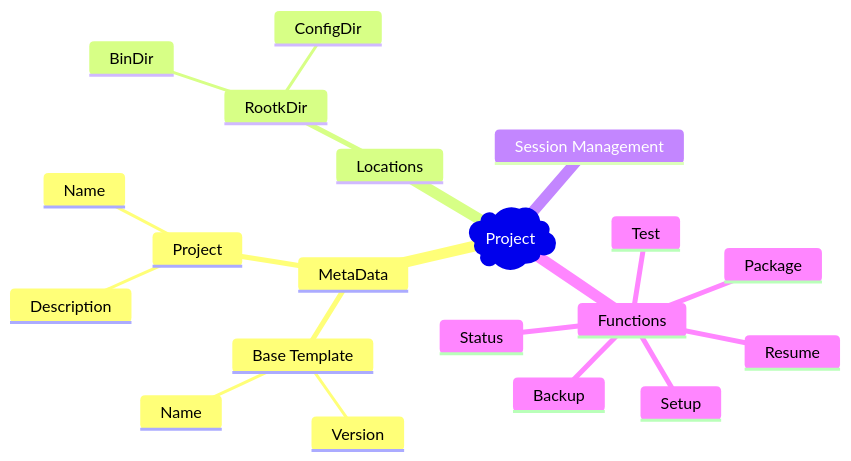
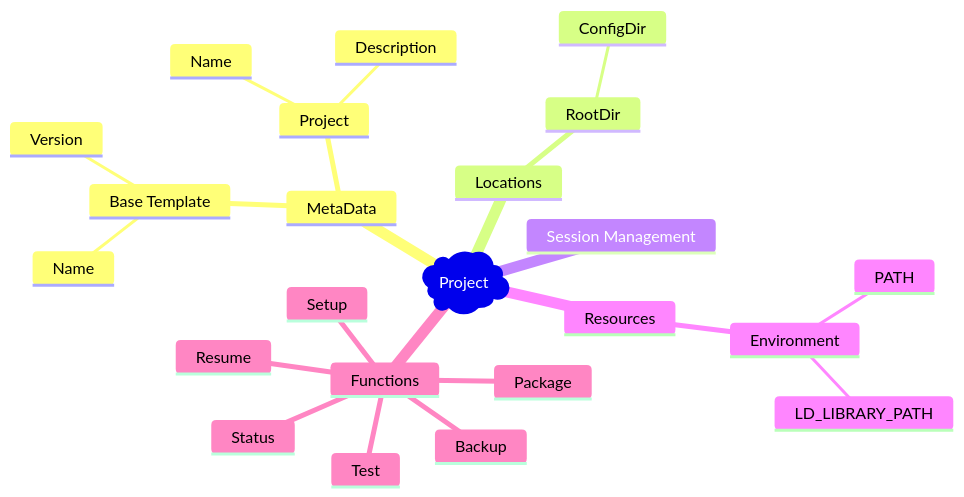
One commit to jvzantvoort/goproj changed the diagram in docs/project/index.md. Above: the diagram before and after it, drawn with Mermaid. The commit also changed other lines of this file, not shown here.

Commit message:
minor changes

````diff
--- a/docs/project/index.md
+++ b/docs/project/index.md
@@ -4,30 +4,26 @@
 ```mermaid
-%%{init: {'theme': 'dark', "flowchart" : { "curve" : "basis" } } %}%%
 mindmap
   root)Project(
     MetaData
       Base Template
-      ::icon(fa fa-file)
         Name
         Version
       Project
-      ::icon(fa fa-file)
         Name
         Description
     Locations
-      RootkDir
-        BinDir
+      RootDir
         ConfigDir
     Session Management
+    Resources
+      Environment
+        PATH
+        LD_LIBRARY_PATH
     Functions
       Setup
-      ::icon(fa fa-gear)
       Status
-      ::icon(fa fa-gear)
       Backup
-      ::icon(fa fa-gear)
       Resume
-      ::icon(fa fa-rocket)
       Package
       Test
 ```
````
